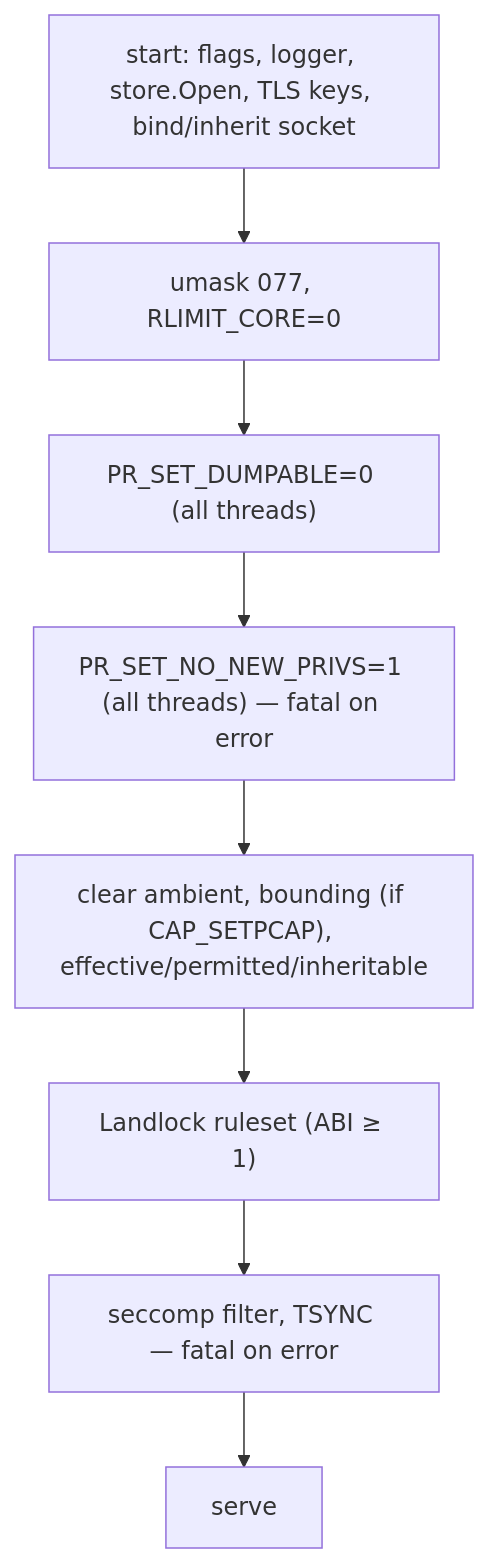
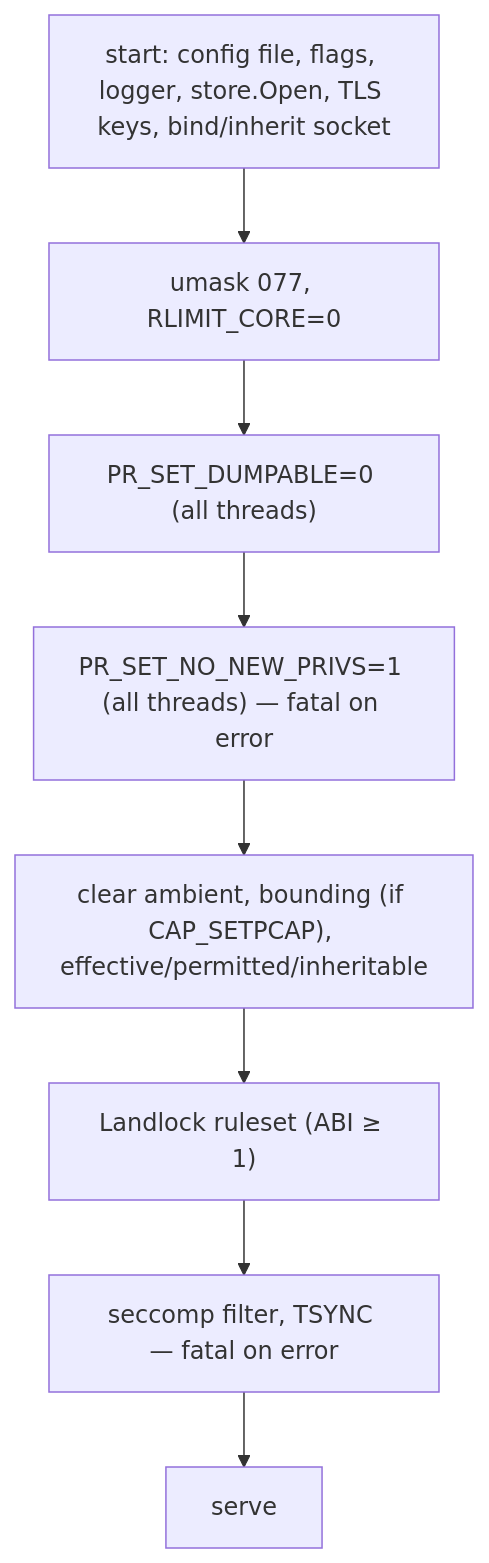
The third of 3 diagrams in docs/security.md (rom/Lords_of_the_Lowlands), drawn with Mermaid before and after one commit. The commit also changed other lines of this file and 25 other files, not shown here.

First line of the commit message:
Graphics overhaul (materials, props, docks, ships, fish, minimap fog), docs for all new features; fix naval tech attack, Defend flag, editor map-type generate, metrics loopback behind proxy, AI scouts for a shore before building docks

````diff
--- a/docs/security.md
+++ b/docs/security.md
@@ -167,10 +285,10 @@
 ```mermaid
 flowchart TB
-    start["start: flags, logger, store.Open, TLS keys, bind/inherit socket"] --> umask["umask 077, RLIMIT_CORE=0"]
+    start["start: config file, flags, logger, store.Open, TLS keys, bind/inherit socket"] --> umask["umask 077, RLIMIT_CORE=0"]
     umask --> dump["PR_SET_DUMPABLE=0 (all threads)"]
     dump --> nnp["PR_SET_NO_NEW_PRIVS=1 (all threads) — fatal on error"]
     nnp --> caps["clear ambient, bounding (if CAP_SETPCAP), effective/permitted/inheritable"]
     caps --> ll["Landlock ruleset (ABI ≥ 1)"]
     ll --> sc["seccomp filter, TSYNC — fatal on error"]
     sc --> serve["serve"]
 ```
````
